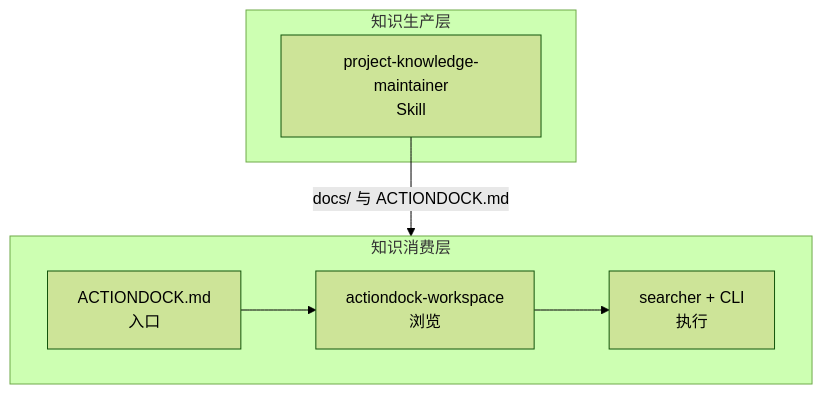
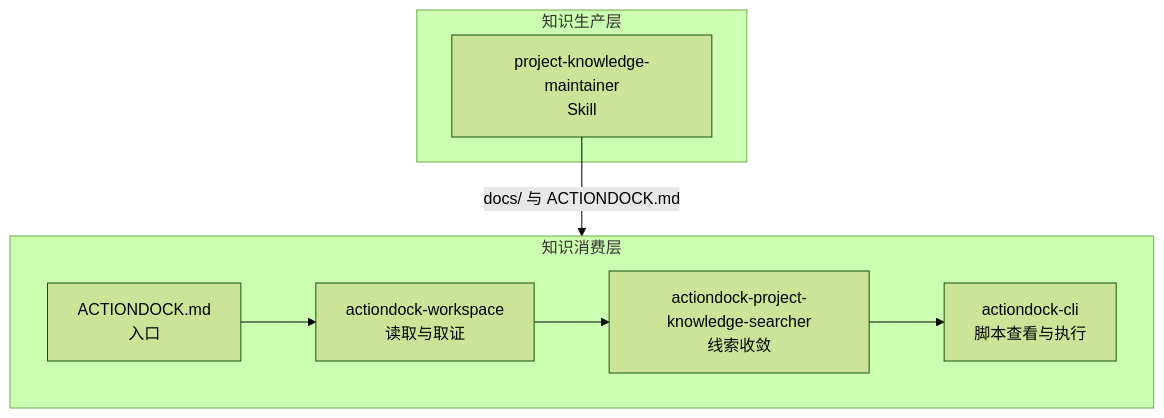
The diagram in docs/project-knowledge.md (team4u/actiondock), drawn with Mermaid (forest theme) before and after one commit. The commit also changed other lines of this file, not shown here.

````diff
--- a/docs/project-knowledge.md
+++ b/docs/project-knowledge.md
@@ -182,17 +181,19 @@
 ```mermaid
 flowchart TB
   subgraph Production[知识生产层]
     A[project-knowledge-maintainer<br/>Skill]
   end
 
-  A -->|docs/ 与 ACTIONDOCK.md| Consumption[消费层]
+  A -->|docs/ 与 ACTIONDOCK.md| Consumption[知识消费层]
 
   subgraph Consumption[知识消费层]
     B[ACTIONDOCK.md<br/>入口]
-    C[actiondock-workspace<br/>浏览]
-    D[searcher + CLI<br/>执行]
+    C[actiondock-workspace<br/>读取与取证]
+    D[actiondock-project-knowledge-searcher<br/>线索收敛]
+    E[actiondock-cli<br/>脚本查看与执行]
   end
 
   B --> C
   C --> D
+  D --> E
 ```
````
